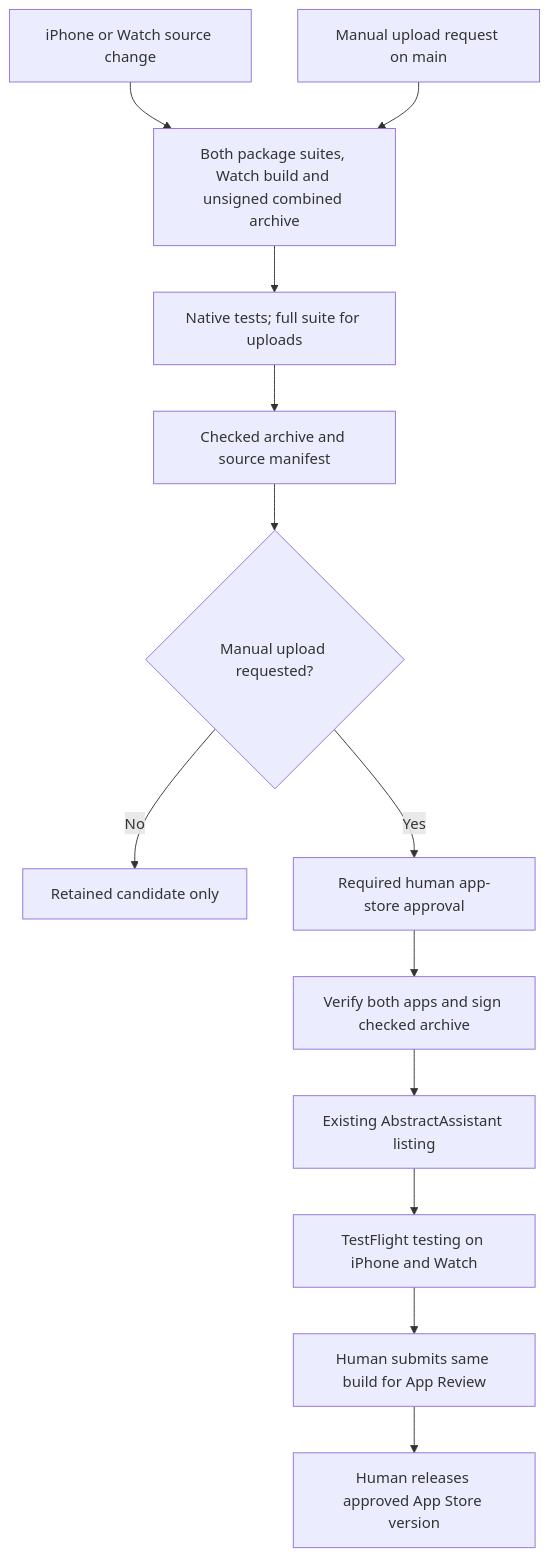
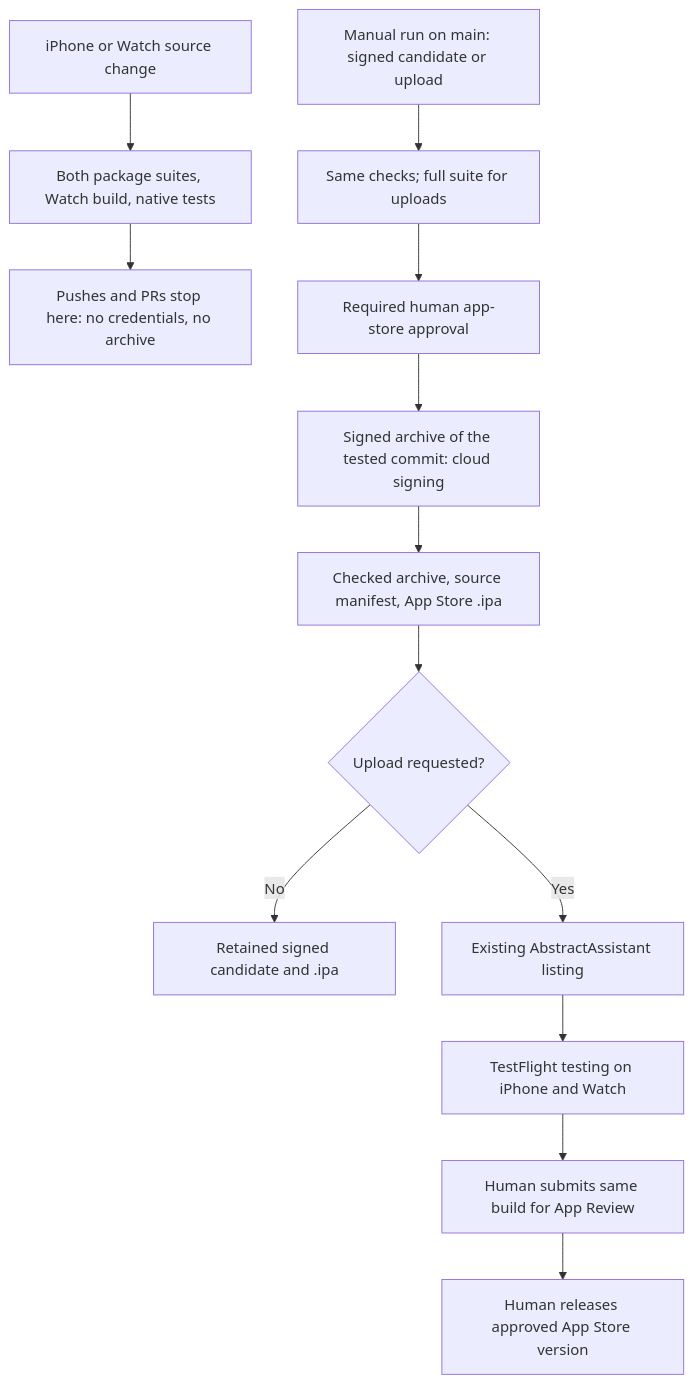
One commit to lpalbou/AbstractAssistant changed the diagram in phone/iphone/docs/distribution.md. Above: the diagram before and after it, drawn with Mermaid. The commit also changed other lines of this file and 4 other files, not shown here.

Commit message:
CI: signed iPhone + Watch candidates in the protected app-store job (Xcode cloud signing with the ASC key and the Apple Distribution certificate in a temporary keychain); pushes and PRs test only, no archive; release.py export-options --destination export; distribution doc, ADR 0002 amended

````diff
--- a/phone/iphone/docs/distribution.md
+++ b/phone/iphone/docs/distribution.md
@@ -11,15 +11,15 @@
 ```mermaid
 flowchart TD
-    Change[iPhone or Watch source change] --> Build[Both package suites, Watch build and unsigned combined archive]
-    Manual[Manual upload request on main] --> Build
-    Build --> Native[Native tests; full suite for uploads]
-    Native --> Candidate[Checked archive and source manifest]
-    Candidate --> Intent{Manual upload requested?}
-    Intent -->|No| Retain[Retained candidate only]
-    Intent -->|Yes| Human[Required human app-store approval]
-    Human --> Verify[Verify both apps and sign checked archive]
-    Verify --> ASC[Existing AbstractAssistant listing]
+    Change[iPhone or Watch source change] --> Build[Both package suites, Watch build, native tests]
+    Build --> Stop[Pushes and PRs stop here: no credentials, no archive]
+    Manual[Manual run on main: signed candidate or upload] --> Build2[Same checks; full suite for uploads]
+    Build2 --> Human[Required human app-store approval]
+    Human --> Sign[Signed archive of the tested commit: cloud signing]
+    Sign --> Candidate[Checked archive, source manifest, App Store .ipa]
+    Candidate --> Intent{Upload requested?}
+    Intent -->|No| Retain[Retained signed candidate and .ipa]
+    Intent -->|Yes| ASC[Existing AbstractAssistant listing]
     ASC --> Beta[TestFlight testing on iPhone and Watch]
     Beta --> Review[Human submits same build for App Review]
     Review --> Release[Human releases approved App Store version]
 ```
````
